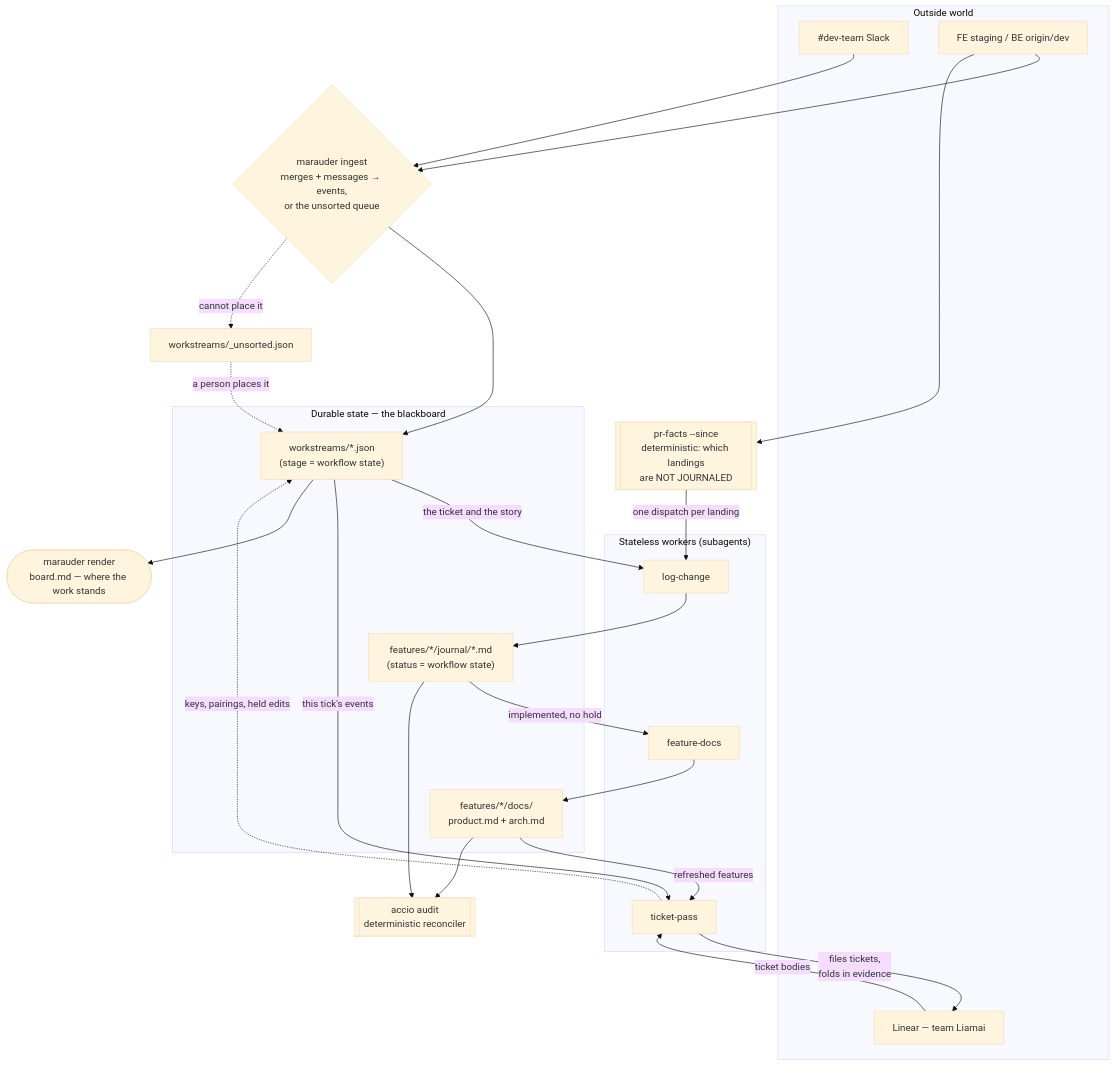
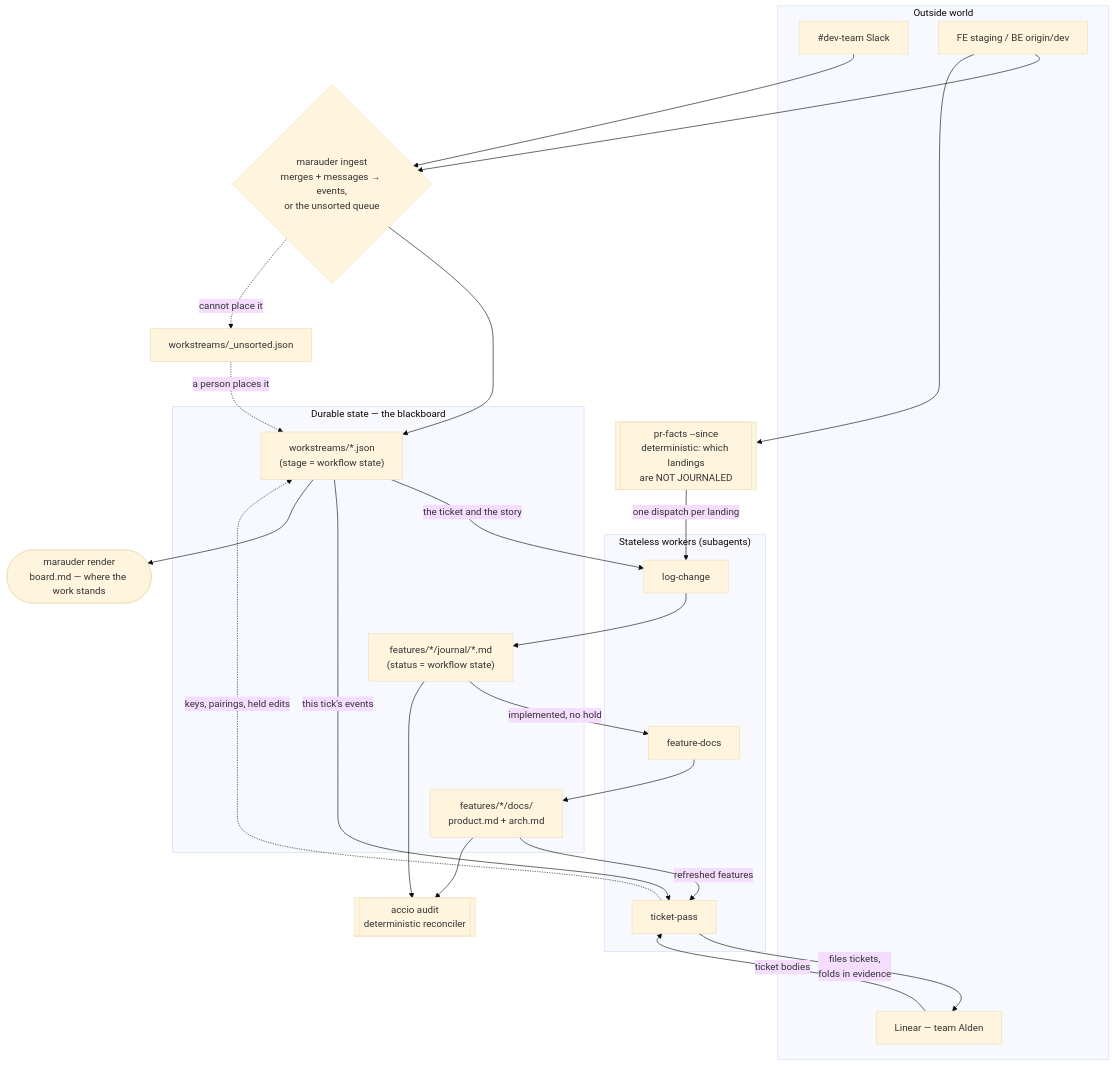
Before and after one commit to d0nwong/citadel: the second of 4 diagrams in apps/argus/README.md, drawn with Mermaid (base theme). The commit also changed other lines of this file and 34 other files, not shown here.

First line of the commit message:
Sync ticket references with the Linear reorg: Liamai → Argus, Alden Portal splits to its own team

````diff
--- a/apps/argus/README.md
+++ b/apps/argus/README.md
@@ -80,43 +80,43 @@
 ```mermaid
 flowchart TB
     subgraph world["Outside world"]
         slack["#dev-team Slack"]
-        linear["Linear — team Liamai"]
+        linear["Linear — team Alden"]
         staging["FE staging / BE origin/dev"]
     end
 
     subgraph workers["Stateless workers (subagents)"]
         lc["log-change"]
         fd["feature-docs"]
         tp["ticket-pass"]
     end
 
     subgraph blackboard["Durable state — the blackboard"]
         ws["workstreams/*.json<br/>(stage = workflow state)"]
         journal["features/*/journal/*.md<br/>(status = workflow state)"]
         docs["features/*/docs/<br/>product.md + arch.md"]
     end
 
     prfacts[["pr-facts --since<br/>deterministic: which landings<br/>are NOT JOURNALED"]]
     audit[["accio audit<br/>deterministic reconciler"]]
     ingest{"marauder ingest<br/>merges + messages → events,<br/>or the unsorted queue"}
     board(["marauder render<br/>board.md — where the work stands"])
 
     slack --> ingest
     staging --> ingest
     staging --> prfacts
     ingest --> ws
     ingest -. "cannot place it" .-> queue["workstreams/_unsorted.json"]
     queue -. "a person places it" .-> ws
     prfacts -- "one dispatch per landing" --> lc --> journal
     ws -- "the ticket and the story" --> lc
     journal -- "implemented, no hold" --> fd --> docs
     ws -- "this tick's events" --> tp
     docs -- "refreshed features" --> tp
     tp -- "files tickets,<br/>folds in evidence" --> linear
     tp -. "keys, pairings, held edits" .-> ws
     linear -- "ticket bodies" --> tp
     journal --> audit
     docs --> audit
     ws --> board
 ```
````
